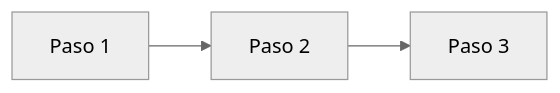
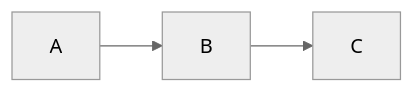
Before and after one commit to jtorfol0311/Prueba: the diagram in README.md, drawn with Mermaid (neutral theme).

Commit message:
Update diagram syntax from mermaid to flowchart

````diff
--- a/README.md
+++ b/README.md
@@ -10,5 +10,5 @@
 ```mermaid
-graph LR
-    A[Paso 1] --> B[Paso 2]
-    B --> C[Paso 3]
+flowchart LR
+    A --> B
+    B --> C
 ```
````
